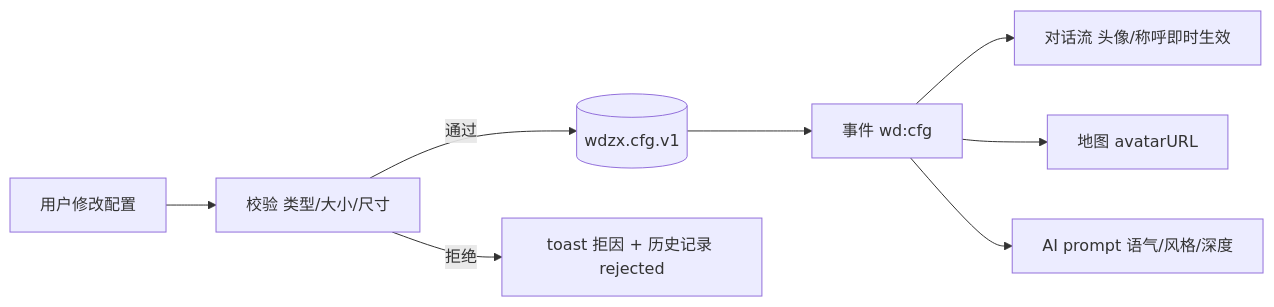
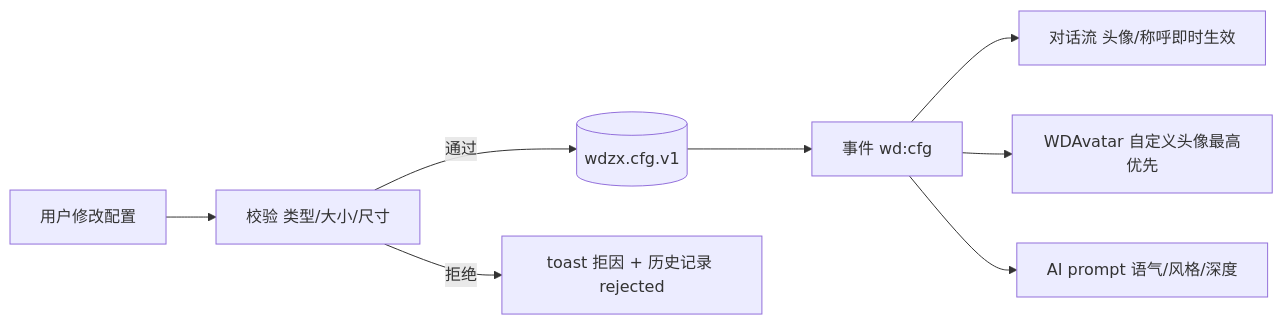
Before and after one commit to zhalibulang/wendao-zhilv: the fourth of 4 diagrams in GLOBAL-DESIGN-REPORT.md, drawn with Mermaid. The commit also changed other lines of this file and 6 other files, not shown here.

First line of the commit message:
feat(v15): 移除地图版块并重构NPC对话体系

````diff
--- a/GLOBAL-DESIGN-REPORT.md
+++ b/GLOBAL-DESIGN-REPORT.md
@@ -124,10 +125,10 @@
 ```mermaid
 flowchart LR
   U[用户修改配置] --> V[校验 类型/大小/尺寸]
   V -->|通过| W[(wdzx.cfg.v1)]
   W --> X[事件 wd:cfg]
   X --> R1[对话流 头像/称呼即时生效]
-  X --> R2[地图 avatarURL]
+  X --> R2[WDAvatar 自定义头像最高优先]
   X --> R3[AI prompt 语气/风格/深度]
   V -->|拒绝| Z[toast 拒因 + 历史记录 rejected]
 ```
````
